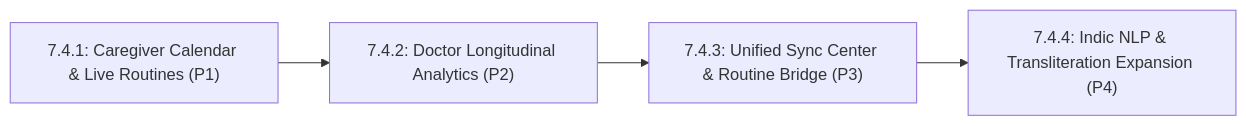
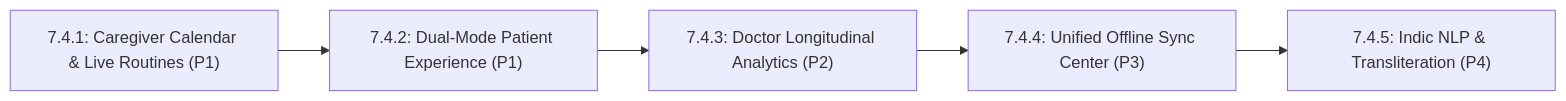
The second of 2 diagrams in docs/product-vision/MILESTONE_7_4_ROADMAP_AND_IMPLEMENTATION_PLAN.md (TrishnaBapna/Saksham), drawn with Mermaid before and after one commit. The commit also changed other lines of this file, not shown here.

Commit message:
docs(roadmap): integrate dual-mode asha-only and hybrid patient experience evaluation into milestone 7.4 plan

````diff
--- a/docs/product-vision/MILESTONE_7_4_ROADMAP_AND_IMPLEMENTATION_PLAN.md
+++ b/docs/product-vision/MILESTONE_7_4_ROADMAP_AND_IMPLEMENTATION_PLAN.md
@@ -411,6 +345,7 @@
 ```mermaid
 graph LR
-    M741["7.4.1: Caregiver Calendar & Live Routines (P1)"] --> M742["7.4.2: Doctor Longitudinal Analytics (P2)"]
-    M742 --> M743["7.4.3: Unified Sync Center & Routine Bridge (P3)"]
-    M743 --> M744["7.4.4: Indic NLP & Transliteration Expansion (P4)"]
+    M741["7.4.1: Caregiver Calendar & Live Routines (P1)"] --> M742["7.4.2: Dual-Mode Patient Experience (P1)"]
+    M742 --> M743["7.4.3: Doctor Longitudinal Analytics (P2)"]
+    M743 --> M744["7.4.4: Unified Offline Sync Center (P3)"]
+    M744 --> M745["7.4.5: Indic NLP & Transliteration (P4)"]
 ```
````
